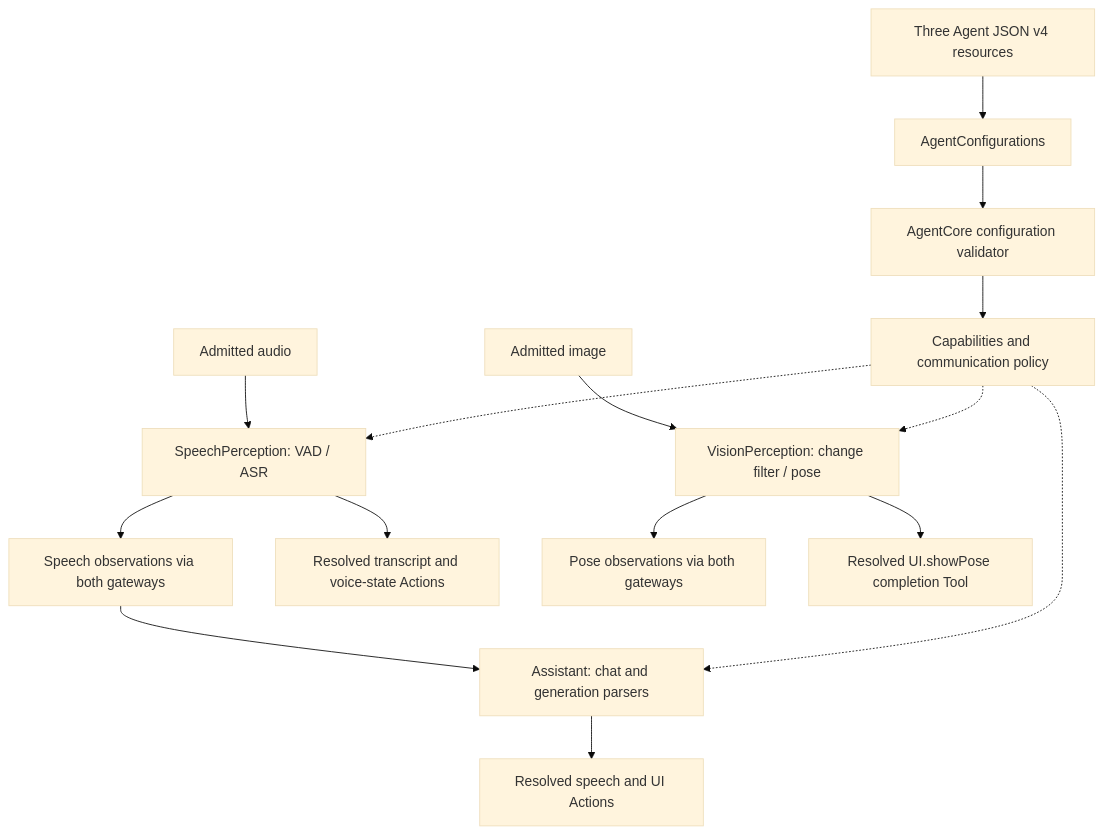
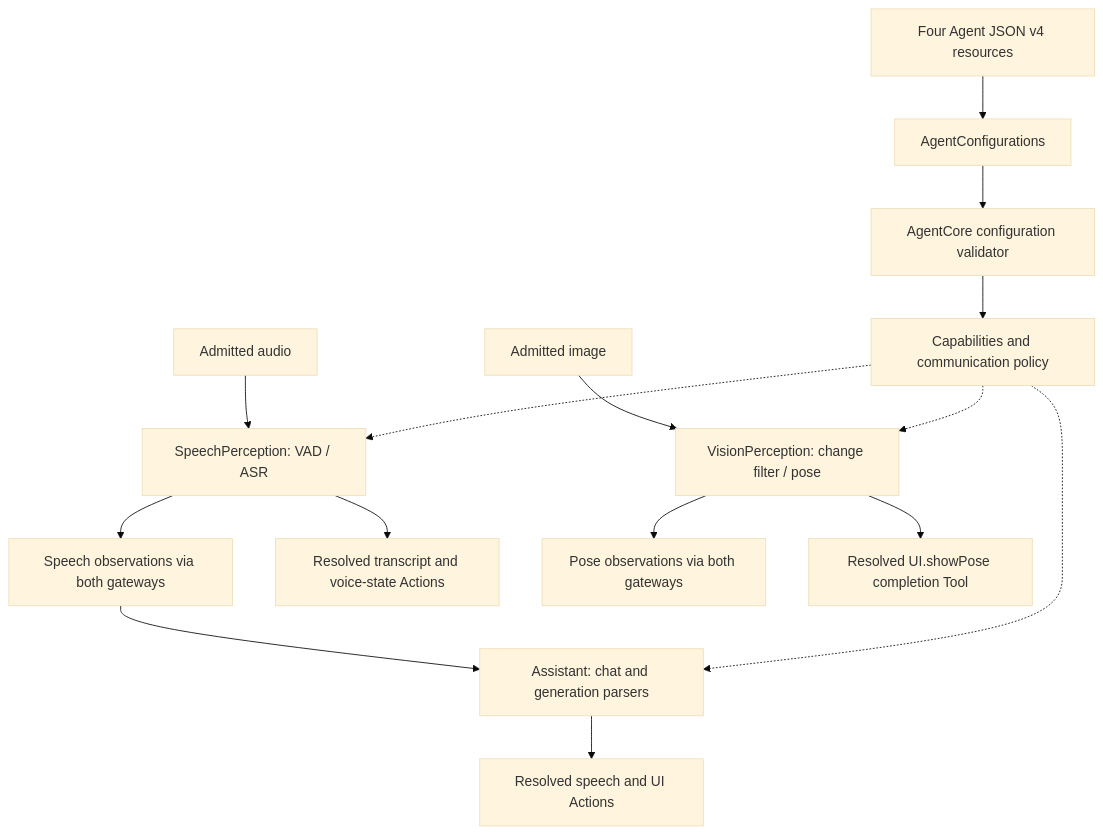
The second of 2 diagrams in MobileHarness/Agents/README.md (devilyouwei/MobileHarness), drawn with Mermaid (base theme) before and after one commit. The commit also changed other lines of this file and 124 other files, not shown here.

````diff
--- a/MobileHarness/Agents/README.md
+++ b/MobileHarness/Agents/README.md
@@ -36,17 +37,17 @@
 ```mermaid
 flowchart TD
-    JSON[Three Agent JSON v4 resources] --> Loader[AgentConfigurations]
+    JSON[Four Agent JSON v4 resources] --> Loader[AgentConfigurations]
     Loader --> Config[AgentCore configuration validator]
     Config --> Permissions[Capabilities and communication policy]
     PCM[Admitted audio] --> Speech[SpeechPerception: VAD / ASR]
     Speech --> Events[Speech observations via both gateways]
     Events --> Assistant[Assistant: chat and generation parsers]
     Assistant --> Calls[Resolved speech and UI Actions]
     Speech --> Captions[Resolved transcript and voice-state Actions]
     Frames[Admitted image] --> Vision[VisionPerception: change filter / pose]
     Vision --> Pose[Pose observations via both gateways]
     Vision --> Overlay[Resolved UI.showPose completion Tool]
     Permissions -.-> Speech
     Permissions -.-> Assistant
     Permissions -.-> Vision
 ```
````
